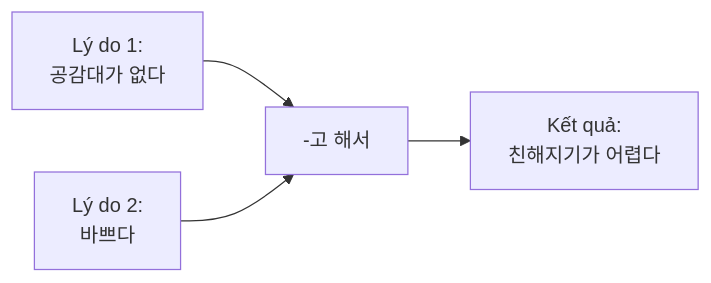
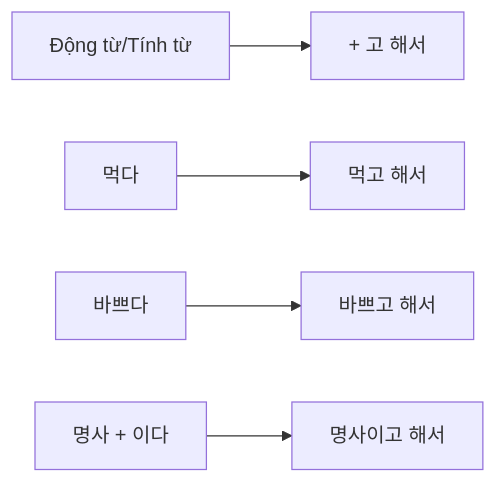
One commit to khieu-dv/vievlog changed the second of 5 diagrams in src/content/soft-skills/custom2/custom21.md. Above: the diagram before and after it, drawn with Mermaid. The commit also changed other lines of this file and 2 other files, not shown here.

````diff
--- a/src/content/soft-skills/custom2/custom21.md
+++ b/src/content/soft-skills/custom2/custom21.md
@@ -103,6 +94,7 @@
 ```mermaid
 graph LR
-    A[Lý do 1:<br/>공감대가 없다] --> C[-고 해서]
-    B[Lý do 2:<br/>바쁘다] --> C
-    C --> D[Kết quả:<br/>친해지기가 어렵다]
+    A[Động từ/Tính từ] --> B[+ 고 해서]
+    C[먹다] --> D[먹고 해서]
+    E[바쁘다] --> F[바쁘고 해서]
+    G[명사 + 이다] --> H[명사이고 해서]
 ```
````
